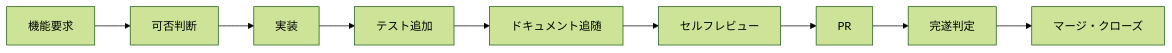
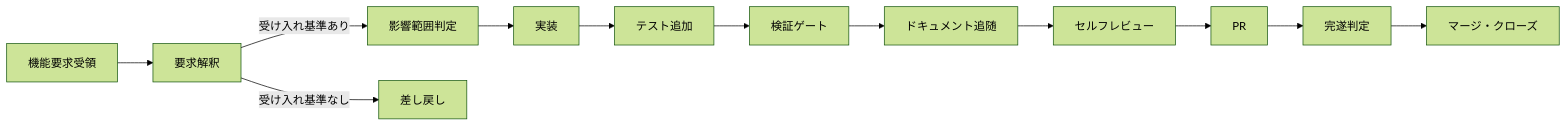
Before and after one commit to Fandhe-AI/fandhe-backend: the first of 2 diagrams in docs/design/feature-modification-flow.md, drawn with Mermaid (forest theme). The commit also changed other lines of this file and 8 other files, not shown here.

````diff
--- a/docs/design/feature-modification-flow.md
+++ b/docs/design/feature-modification-flow.md
@@ -42,11 +53,14 @@
 ```mermaid
 flowchart LR
-    A[機能要求] --> B[可否判断]
-    B --> C[実装]
-    C --> D[テスト追加]
-    D --> E[ドキュメント追随]
-    E --> F[セルフレビュー]
-    F --> G[PR]
-    G --> H[完遂判定]
-    H --> I[マージ・クローズ]
+    A[機能要求受領] --> B[要求解釈]
+    B -->|受け入れ基準あり| C[影響範囲判定]
+    B -->|受け入れ基準なし| Z[差し戻し]
+    C --> D[実装]
+    D --> E[テスト追加]
+    E --> F[検証ゲート]
+    F --> G[ドキュメント追随]
+    G --> H[セルフレビュー]
+    H --> I[PR]
+    I --> J[完遂判定]
+    J --> K[マージ・クローズ]
 ```
````
